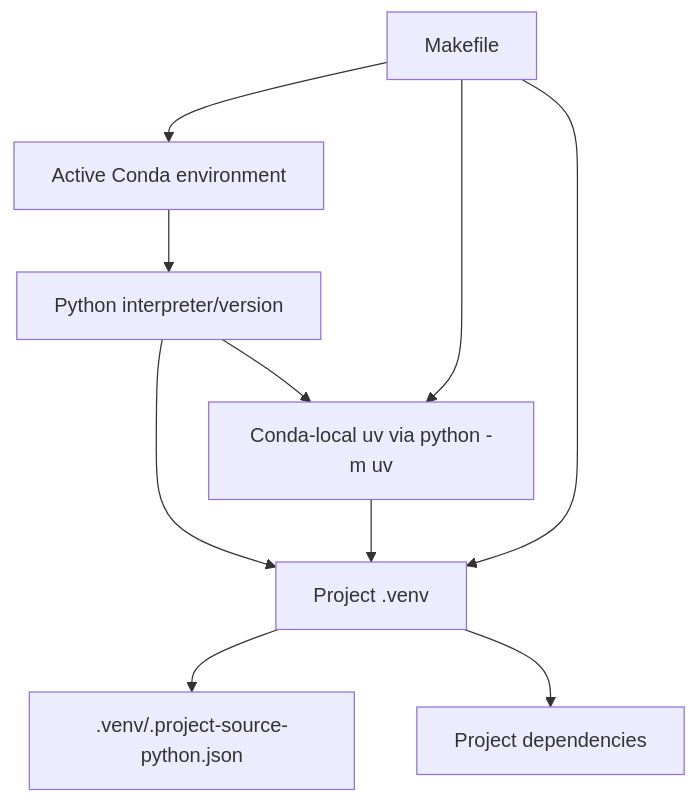
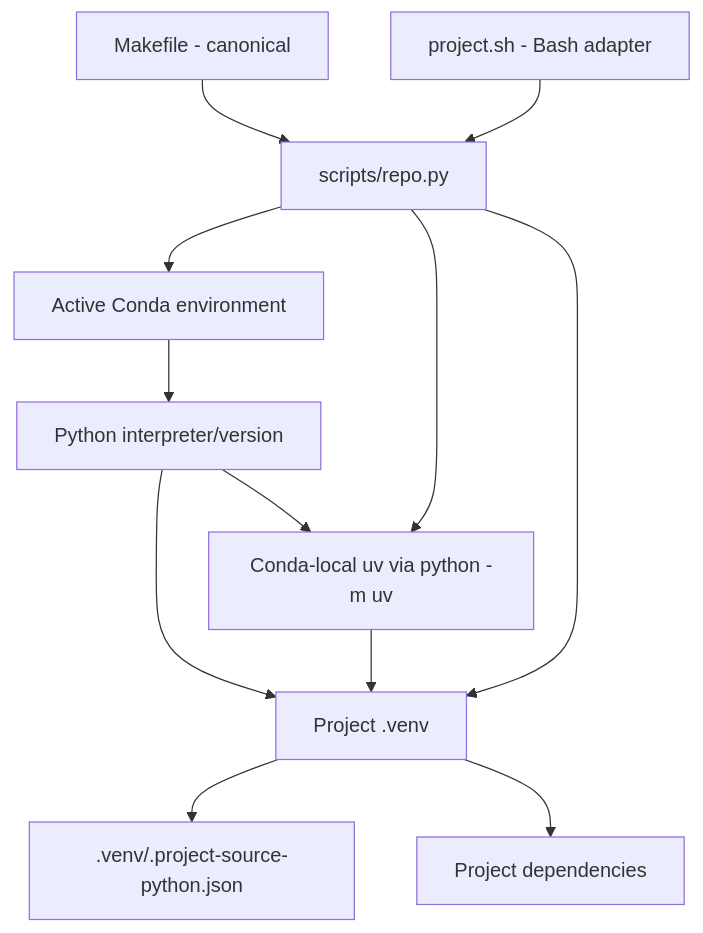
Before and after one commit to dante-souza/python_scaffolding: the diagram in docs/architecture/environment-contract.md, drawn with Mermaid. The commit also changed other lines of this file and 10 other files, not shown here.

````diff
--- a/docs/architecture/environment-contract.md
+++ b/docs/architecture/environment-contract.md
@@ -5,12 +5,14 @@
 ```mermaid
 flowchart TD
     C[Active Conda environment] --> P[Python interpreter/version]
     P --> U[Conda-local uv via python -m uv]
     P --> V[Project .venv]
     U --> V
     V --> M[.venv/.project-source-python.json]
     V --> D[Project dependencies]
-    MK[Makefile] --> C
-    MK --> U
-    MK --> V
+    CLI[scripts/repo.py] --> C
+    CLI --> U
+    CLI --> V
+    MK[Makefile - canonical] --> CLI
+    SH[project.sh - Bash adapter] --> CLI
 ```
````
